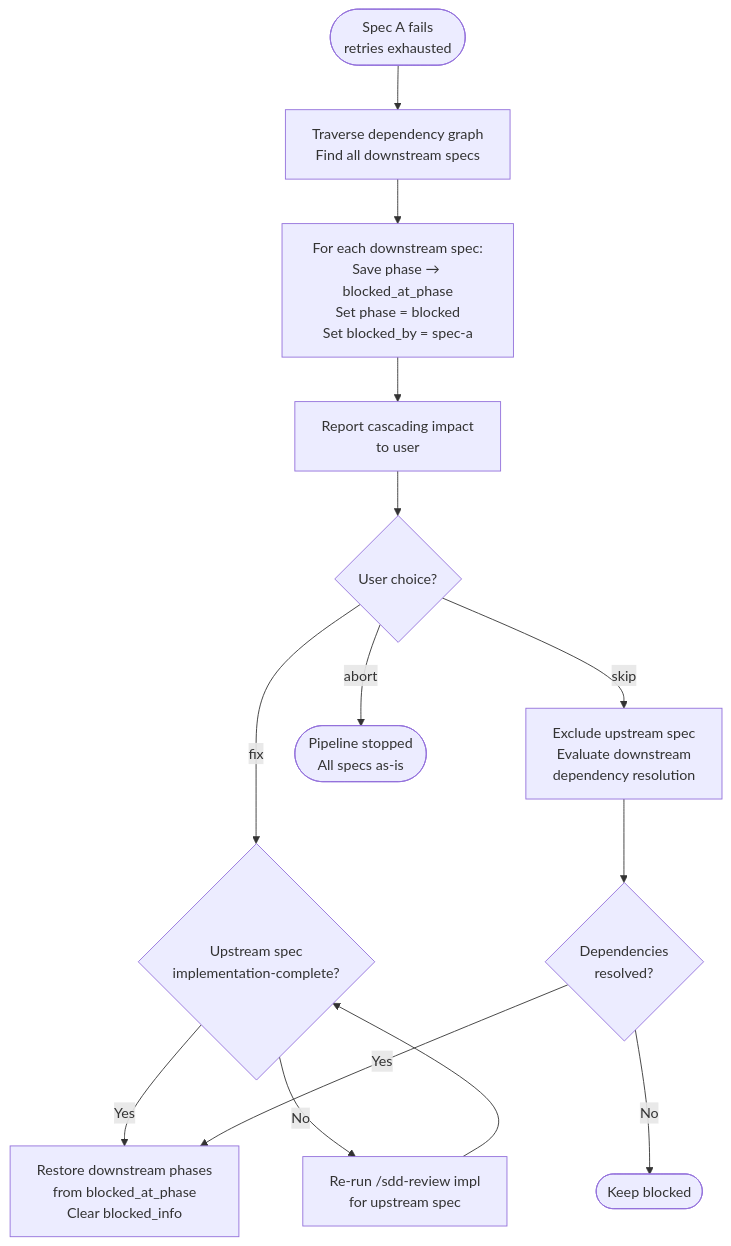
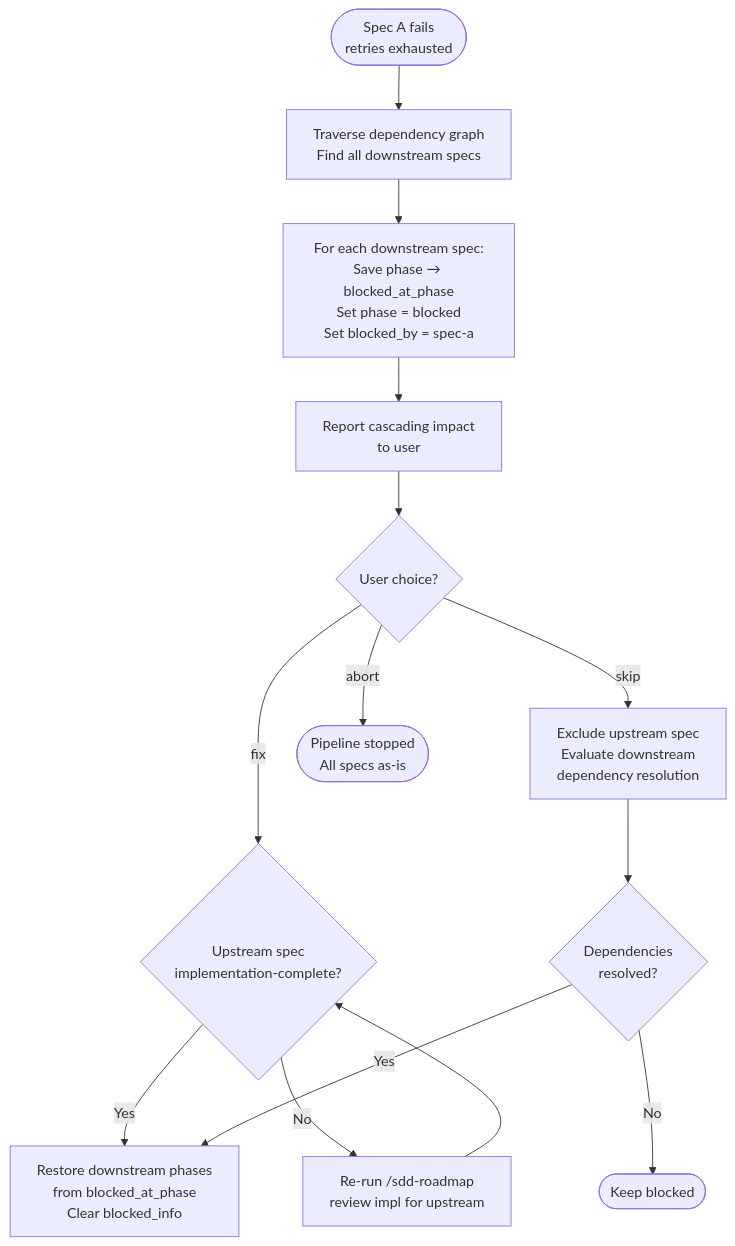
The seventh of 7 diagrams in .claude/sdd/project/specs/roadmap-orchestration/design.md (sync-dev-org/sync-sdd), drawn with Mermaid before and after one commit. The commit also changed other lines of this file and 32 other files, not shown here.

````diff
--- a/.claude/sdd/project/specs/roadmap-orchestration/design.md
+++ b/.claude/sdd/project/specs/roadmap-orchestration/design.md
@@ -255,19 +378,19 @@
 ```mermaid
 flowchart TD
     SpecFail([Spec A fails<br/>retries exhausted]) --> TraverseDAG[Traverse dependency graph<br/>Find all downstream specs]
     TraverseDAG --> BlockEach[For each downstream spec:<br/>Save phase → blocked_at_phase<br/>Set phase = blocked<br/>Set blocked_by = spec-a]
     BlockEach --> Report[Report cascading impact<br/>to user]
     Report --> UserChoice{User choice?}
 
     UserChoice -->|fix| VerifyUpstream{Upstream spec<br/>implementation-complete?}
     VerifyUpstream -->|Yes| RestorePhase[Restore downstream phases<br/>from blocked_at_phase<br/>Clear blocked_info]
-    VerifyUpstream -->|No| ReReview[Re-run /sdd-review impl<br/>for upstream spec]
+    VerifyUpstream -->|No| ReReview[Re-run /sdd-roadmap<br/>review impl for upstream]
     ReReview --> VerifyUpstream
 
     UserChoice -->|skip| EvalDeps[Exclude upstream spec<br/>Evaluate downstream<br/>dependency resolution]
     EvalDeps --> RestoreIfPossible{Dependencies<br/>resolved?}
     RestoreIfPossible -->|Yes| RestorePhase
     RestoreIfPossible -->|No| KeepBlocked([Keep blocked])
 
     UserChoice -->|abort| Abort([Pipeline stopped<br/>All specs as-is])
 ```
````
